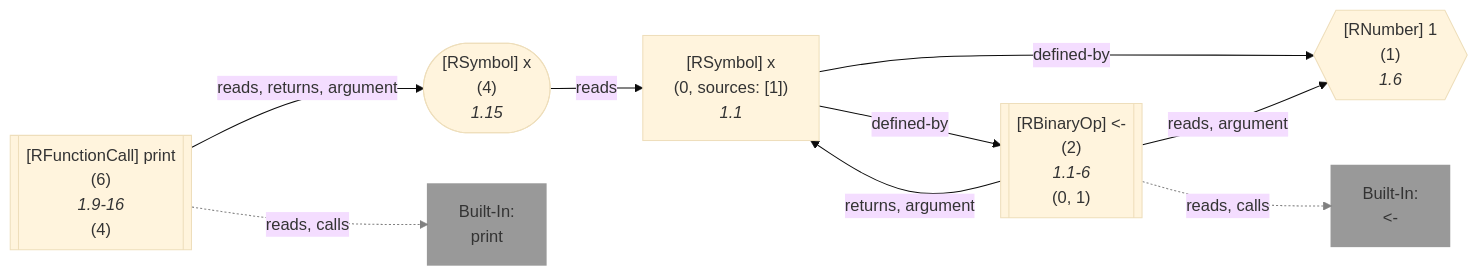
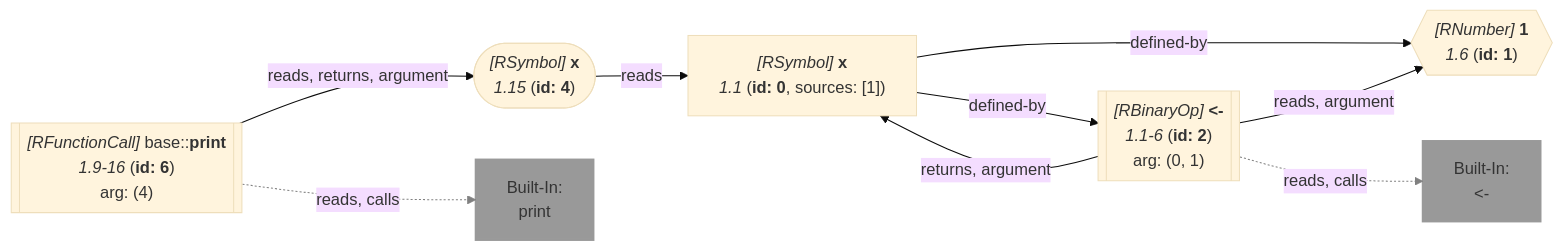
One commit to flowr-analysis/flowr changed the second of 2 diagrams in wiki/Core.md. Above: the diagram before and after it, drawn with Mermaid (base theme). The commit also changed other lines of this file and 87 other files, not shown here.

````diff
--- a/wiki/Core.md
+++ b/wiki/Core.md
@@ -388,37 +388,32 @@
 ```mermaid
 flowchart LR
-    1{{"`#91;RNumber#93; 1
-      (1)
-      *1.6*`"}}
+    1{{"`*#91;RNumber#93;* **1**
+      *1.6* (**id: 1**)`"}}
    %% No edges found for 1
-    0["`#91;RSymbol#93; x
-      (0, sources: [1])
-      *1.1*`"]
-    2[["`#91;RBinaryOp#93; #60;#45;
-      (2)
-      *1.1-6*
-    (0, 1)`"]]
+    0["`*#91;RSymbol#93;* **x**
+      *1.1* (**id: 0**, sources: [1])`"]
+    2[["`*#91;RBinaryOp#93;* **#60;#45;**
+      *1.1-6* (**id: 2**)
+    arg: (0, 1)`"]]
     built-in:_-["`Built-In:
 #60;#45;`"]
     style built-in:_- stroke:gray,fill:gray,stroke-width:2px,opacity:.8;
-    4(["`#91;RSymbol#93; x
-      (4)
-      *1.15*`"])
-    6[["`#91;RFunctionCall#93; print
-      (6)
-      *1.9-16*
-    (4)`"]]
+    4(["`*#91;RSymbol#93;* **x**
+      *1.15* (**id: 4**)`"])
+    6[["`*#91;RFunctionCall#93;* base#58;#58;**print**
+      *1.9-16* (**id: 6**)
+    arg: (4)`"]]
     built-in:print["`Built-In:
 print`"]
     style built-in:print stroke:gray,fill:gray,stroke-width:2px,opacity:.8;
     0 -->|"defined-by"| 1
     0 -->|"defined-by"| 2
     2 -->|"reads, argument"| 1
     2 -->|"returns, argument"| 0
     2 -.->|"reads, calls"| built-in:_-
     linkStyle 4 stroke:gray;
     4 -->|"reads"| 0
     6 -->|"reads, returns, argument"| 4
     6 -.->|"reads, calls"| built-in:print
     linkStyle 7 stroke:gray;
 ```
````
